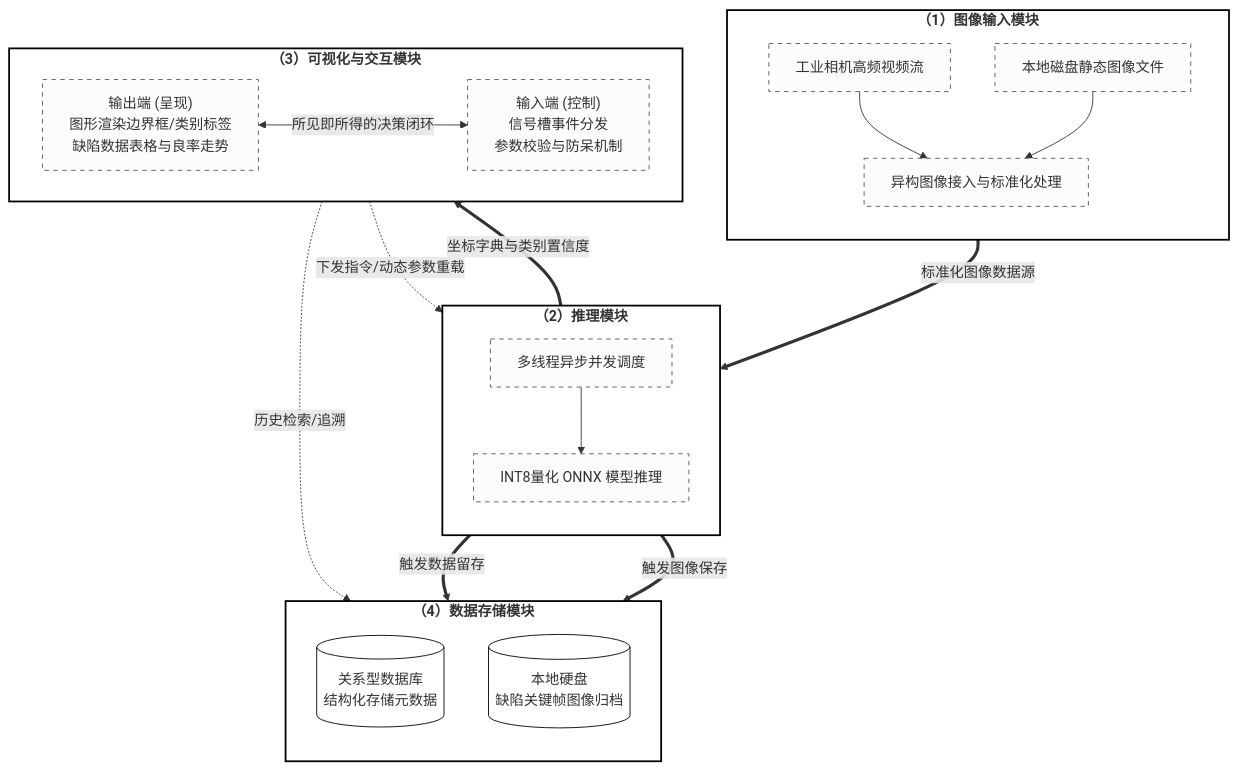
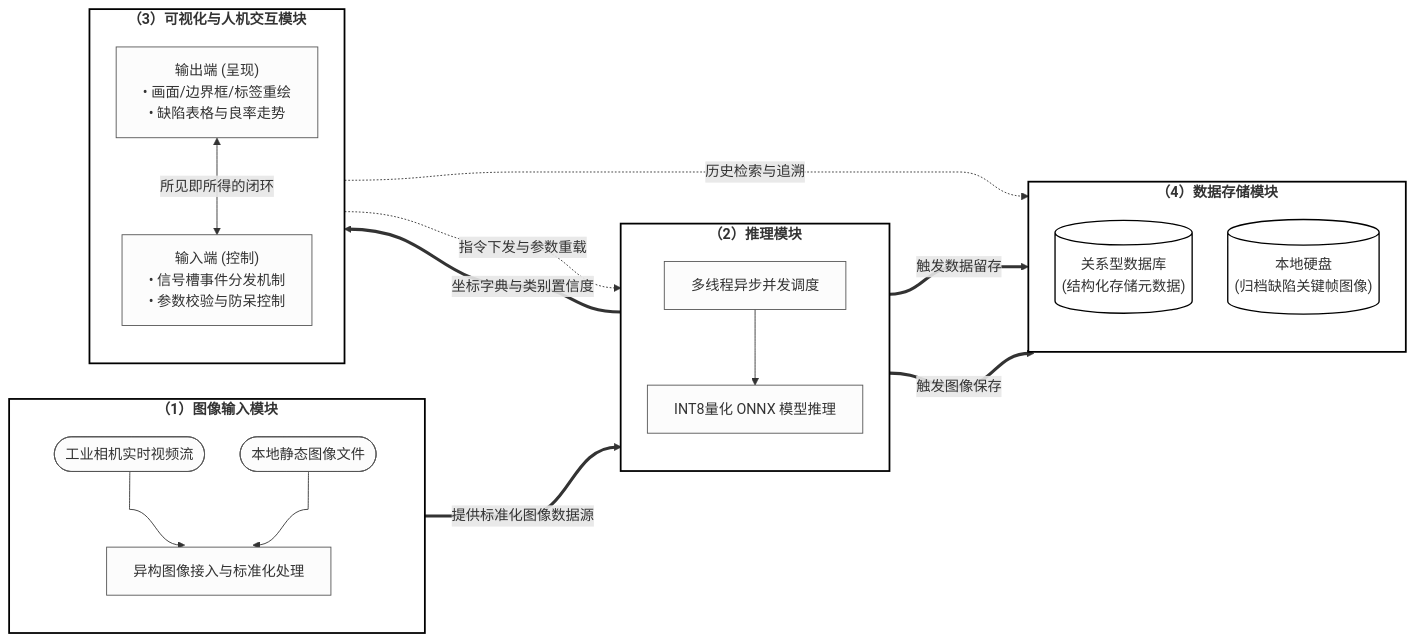
The diagram in all/未命名.md (MAOSHENGsong/iodraw-files), drawn with Mermaid before and after one commit.

Commit message:
2026-03-12 14:40:41 update

````diff
--- a/all/未命名.md
+++ b/all/未命名.md
@@ -1,52 +1,57 @@
 ```mermaid
-graph TD
-    %% 整体样式设置：纯白背景，适合学术论文
-    classDef mainModule fill:#ffffff,stroke:#000000,stroke-width:2px,font-weight:bold,font-size:16px;
-    classDef subNode fill:#fcfcfc,stroke:#555555,stroke-width:1px,stroke-dasharray: 5 5;
-    classDef dbNode fill:#ffffff,stroke:#000000,stroke-width:1px;
+%%{init: {'flowchart': {'nodeSpacing': 40, 'rankSpacing': 60, 'curve': 'bumpX'}}}%%
+flowchart LR
+    %% 定义整体样式：纯白背景，黑色边框，适合学术论文打印
+    classDef moduleNode fill:#ffffff,stroke:#000000,stroke-width:2px,font-weight:bold;
+    classDef subNode fill:#fcfcfc,stroke:#555555,stroke-width:1px;
+    classDef dbNode fill:#ffffff,stroke:#000000,stroke-width:1.5px;
 
-    %% 1. 图像输入模块
-    subgraph Module1["（1）图像输入模块"]
+    %% --- 1. 图像输入模块 ---
+    subgraph M1 ["（1）图像输入模块"]
         direction TB
-        I1[工业相机高频视频流] --> I3[异构图像接入与标准化处理]
-        I2[本地磁盘静态图像文件] --> I3
+        A1([工业相机实时视频流])
+        A2([本地静态图像文件])
+        A3[异构图像接入与标准化处理]
+        A1 --> A3
+        A2 --> A3
     end
 
-    %% 2. 推理模块
-    subgraph Module2["（2）推理模块"]
+    %% --- 2. 推理模块 ---
+    subgraph M2 ["（2）推理模块"]
         direction TB
-        R1[多线程异步并发调度] --> R2[INT8量化 ONNX 模型推理]
+        B1[多线程异步并发调度]
+        B2[INT8量化 ONNX 模型推理]
+        B1 --> B2
     end
 
-    %% 3. 可视化与人机交互模块
-    subgraph Module3["（3）可视化与交互模块"]
-        direction LR
-        V1["输出端 (呈现)<br>图形渲染边界框/类别标签<br>缺陷数据表格与良率走势"]
-        V2["输入端 (控制)<br>信号槽事件分发<br>参数校验与防呆机制"]
-        V1 <-->|所见即所得的决策闭环| V2
+    %% --- 3. 可视化与人机交互模块 ---
+    subgraph M3 ["（3）可视化与人机交互模块"]
+        direction TB
+        C1["输出端 (呈现)<br/>• 画面/边界框/标签重绘<br/>• 缺陷表格与良率走势"]
+        C2["输入端 (控制)<br/>• 信号槽事件分发机制<br/>• 参数校验与防呆控制"]
+        C1 <-->|所见即所得的闭环| C2
     end
 
-    %% 4. 数据存储模块
-    subgraph Module4["（4）数据存储模块"]
+    %% --- 4. 数据存储模块 ---
+    subgraph M4 ["（4）数据存储模块"]
         direction TB
-        S1[("关系型数据库 <br>结构化存储元数据")]
-        S2[("本地硬盘<br>缺陷关键帧图像归档")]
+        D1[("关系型数据库<br/>(结构化存储元数据)")]
+        D2[("本地硬盘<br/>(归档缺陷关键帧图像)")]
     end
 
-    %% 模块间的数据流向 (连线)
-    I3 == 标准化图像数据源  ==> R1
+    %% --- 模块间的数据流向连线 ---
+    A3 ==>|提供标准化图像数据源| B1
     
-    R2 == "坐标字典与类别置信度" ==> V1
-    V2 -. "下发指令/动态参数重载" .-> R1
+    B2 ==>|坐标字典与类别置信度| C1
+    C2 -.->|指令下发与参数重载| B1
     
-    R2 == 触发数据留存 ==> S1
-    R2 == 触发图像保存 ==> S2
+    B2 ==>|触发数据留存| D1
+    B2 ==>|触发图像保存| D2
     
-    V1 -. 历史检索/追溯 .-> S1
+    C1 -.->|历史检索与追溯| D1
 
-    %% 应用样式
-    class Module1,Module2,Module3,Module4 mainModule;
-    class I1,I2,I3,R1,R2,V1,V2 subNode;
-    class S1,S2 dbNode;
-  
+    %% --- 应用样式 ---
+    class M1,M2,M3,M4 moduleNode;
+    class A1,A2,A3,B1,B2,C1,C2 subNode;
+    class D1,D2 dbNode;
 ```
````
